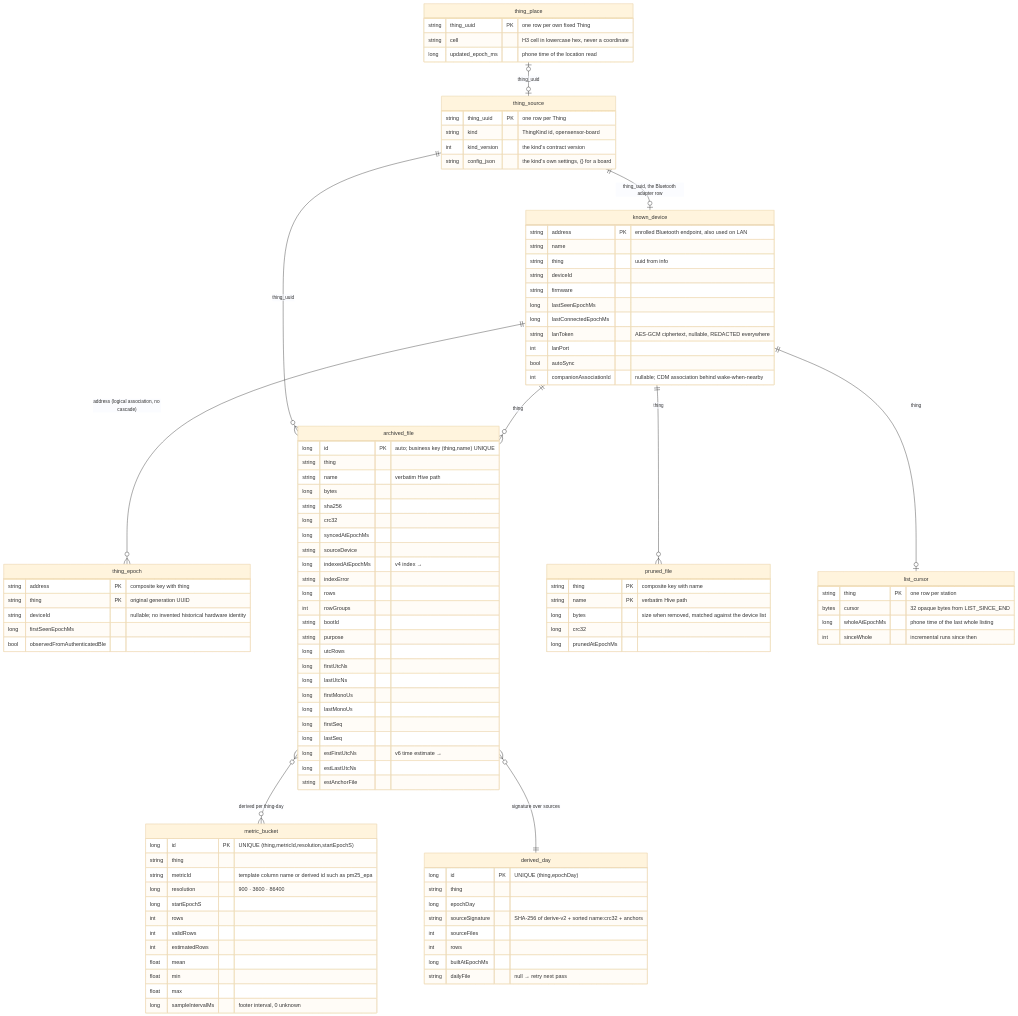
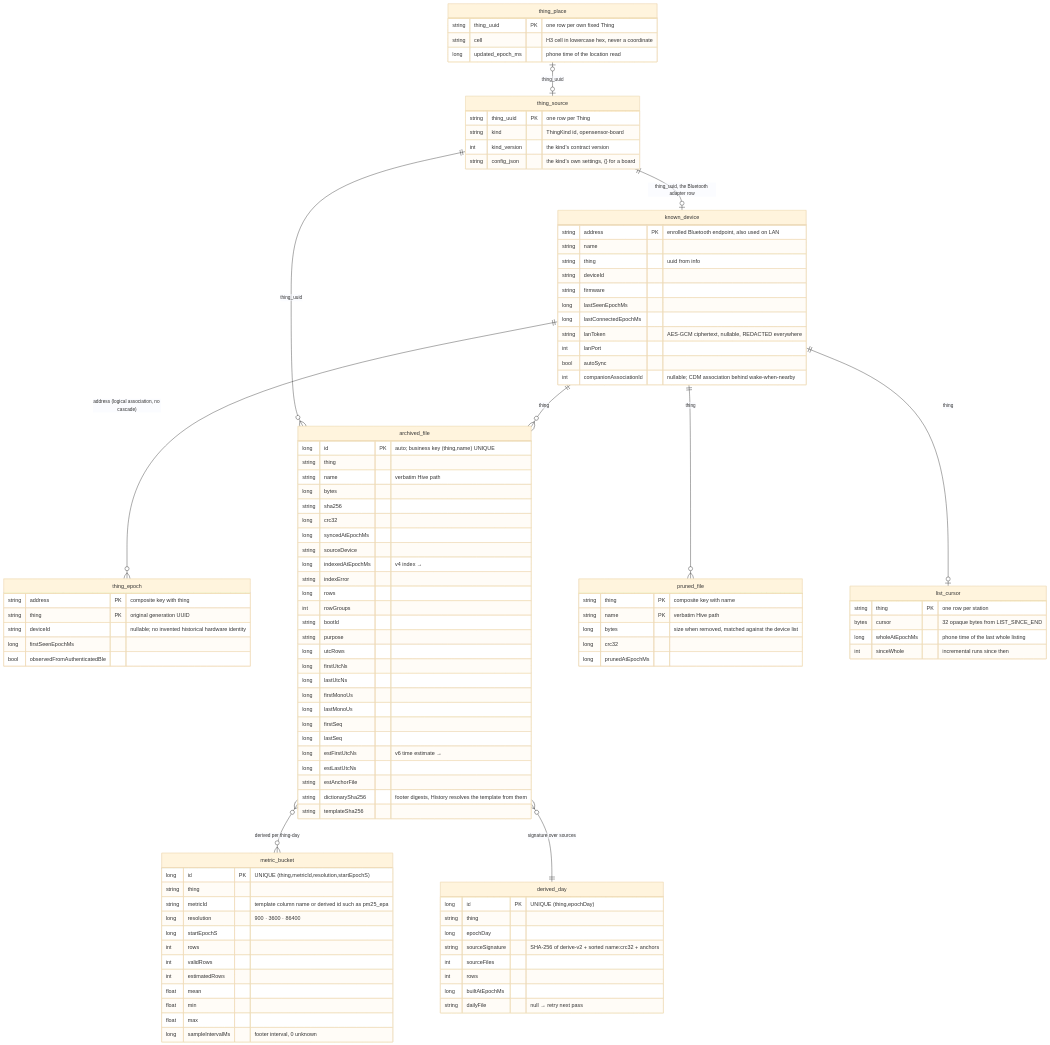
Before and after one commit to walkthru-earth/opensensor-space-mobile: the first of 2 diagrams in docs/data-model.md, drawn with Mermaid (base theme). The commit also changed other lines of this file and 33 other files, not shown here.

First line of the commit message:
Re-derive History days when a file's template starts or stops resolving (#245)

```diff
--- a/docs/data-model.md
+++ b/docs/data-model.md
@@ -74,6 +74,8 @@
     long estFirstUtcNs "v6 time estimate →"
     long estLastUtcNs
     string estAnchorFile
+    string dictionarySha256 "footer digests, History resolves the template from them"
+    string templateSha256
   }
   metric_bucket {
     long id PK "UNIQUE (thing,metricId,resolution,startEpochS)"
```
